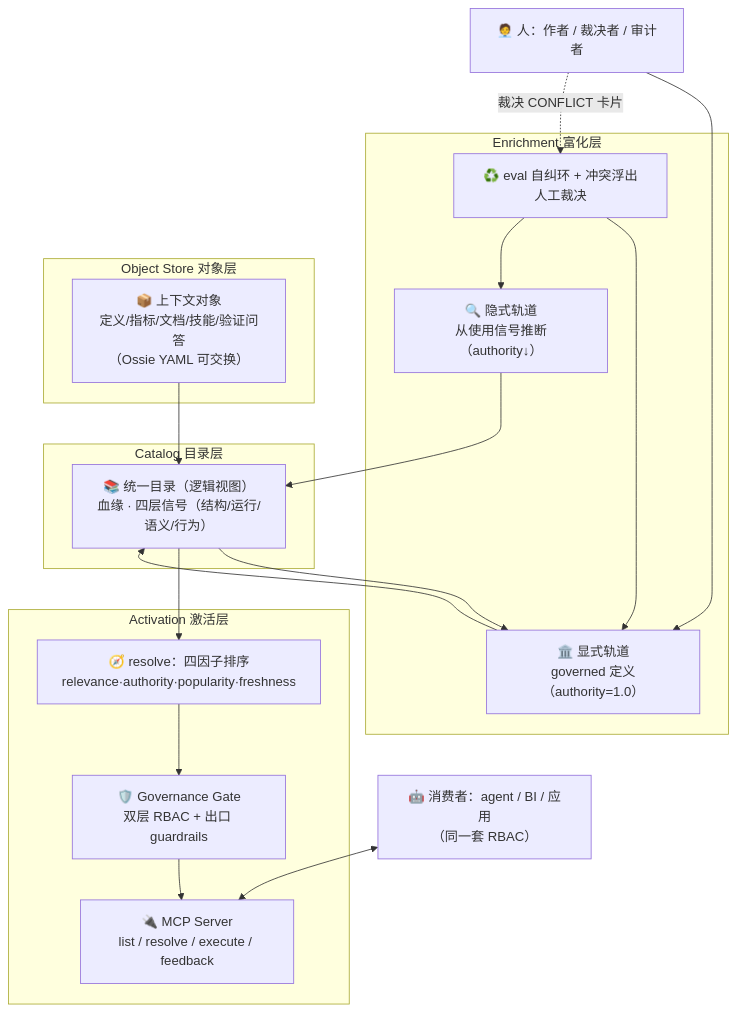
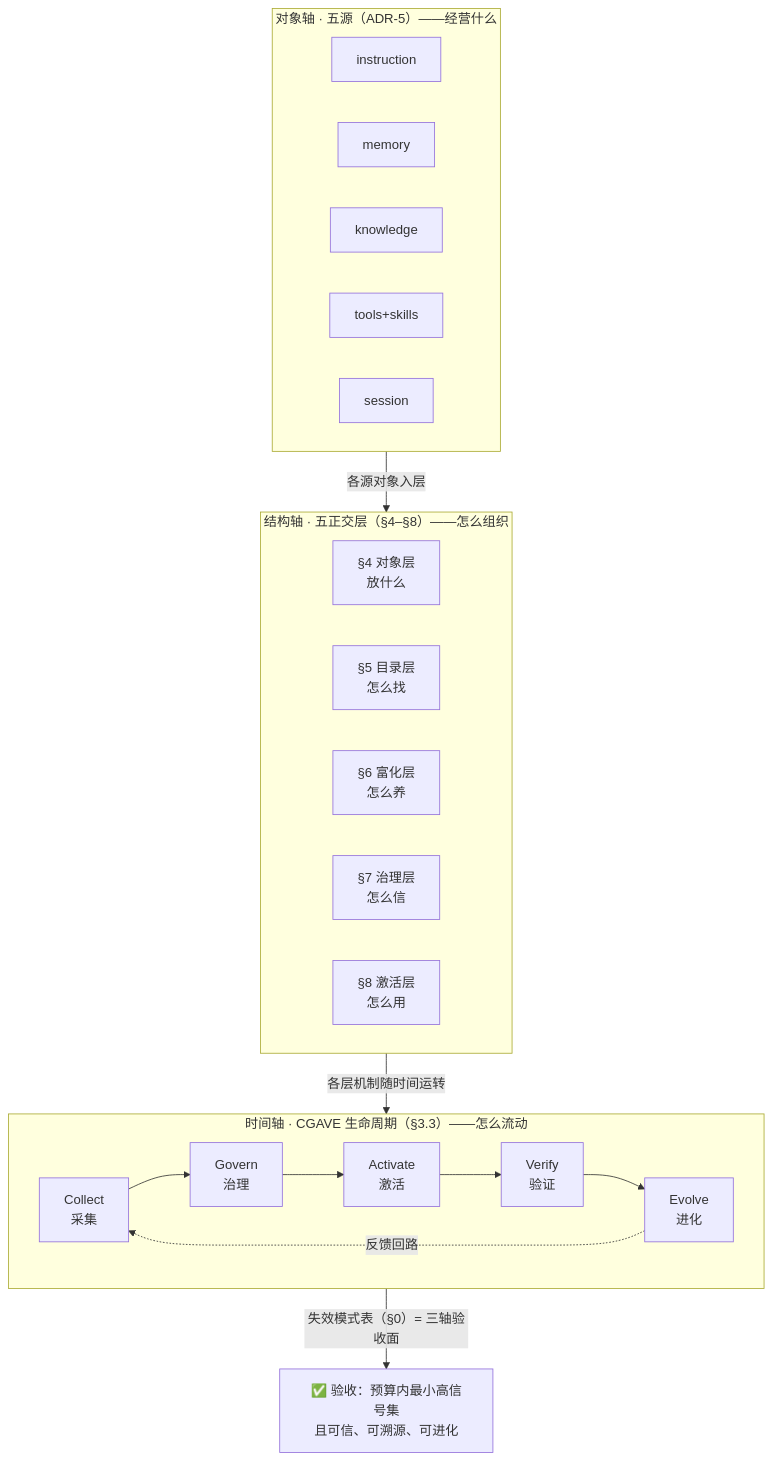
One commit to ThreeFish-AI/negentropy changed the diagram in docs/assets/mermaid/cognitive-context/context-layer-blueprint--architecture.mmd. Above: the diagram before and after it, drawn with Mermaid. The commit also changed 73 other files, not shown here.

First line of the commit message:
docs(cognitive-context): 013 Context Layer 蓝图完全重铸——三轴蓝图（五源×五层×CGAVE）× 失效模式驱动 × 四范本矩阵;

```diff
--- a/docs/assets/mermaid/cognitive-context/context-layer-blueprint--architecture.mmd
+++ b/docs/assets/mermaid/cognitive-context/context-layer-blueprint--architecture.mmd
@@ -1,32 +1,34 @@
-%%source: docs/research/cognitive-context/013-context-layer-blueprint.md#block3 (§3 总体架构)
+%%source: docs/research/cognitive-context/013-context-layer-blueprint.md §3 总体架构：三轴蓝图（ADR-4 对象轴×结构轴×时间轴正交）
 %%slug: cognitive-context/context-layer-blueprint--architecture
 %%type: architecture
-%%derived: archify architecture v1, authored from source mermaid
+%%derived: archify architecture v2, redesigned from v1 (五正交层单轴 → 三轴正交；v1 见 git 史)
 flowchart TB
-    subgraph "Activation 激活层"
-        MC["🔌 MCP Server<br/>list / resolve / execute / feedback"]
-        RA["🧭 resolve：四因子排序<br/>relevance·authority·popularity·freshness"]
-        GD["🛡️ Governance Gate<br/>双层 RBAC + 出口 guardrails"]
+    subgraph OBJAXIS["对象轴 · 五源（ADR-5）——经营什么"]
+        direction LR
+        O1["instruction"]
+        O2["memory"]
+        O3["knowledge"]
+        O4["tools+skills"]
+        O5["session"]
     end
-    subgraph "Catalog 目录层"
-        CT["📚 统一目录（逻辑视图）<br/>血缘 · 四层信号（结构/运行/语义/行为）"]
+    subgraph STRAXIS["结构轴 · 五正交层（§4–§8）——怎么组织"]
+        direction LR
+        L1["§4 对象层<br/>放什么"]
+        L2["§5 目录层<br/>怎么找"]
+        L3["§6 富化层<br/>怎么养"]
+        L4["§7 治理层<br/>怎么信"]
+        L5["§8 激活层<br/>怎么用"]
     end
-    subgraph "Enrichment 富化层"
-        EX["🏛️ 显式轨道<br/>governed 定义（authority=1.0）"]
-        IN["🔍 隐式轨道<br/>从使用信号推断（authority↓）"]
-        EV["♻️ eval 自纠环 + 冲突浮出人工裁决"]
+    subgraph TIMEAXIS["时间轴 · CGAVE 生命周期（§3.3）——怎么流动"]
+        direction LR
+        T1["Collect<br/>采集"]
+        T2["Govern<br/>治理"]
+        T3["Activate<br/>激活"]
+        T4["Verify<br/>验证"]
+        T5["Evolve<br/>进化"]
+        T1 --> T2 --> T3 --> T4 --> T5
+        T5 -.->|"反馈回路"| T1
     end
-    subgraph "Object Store 对象层"
-        OS["📦 上下文对象<br/>定义/指标/文档/技能/验证问答<br/>（Ossie YAML 可交换）"]
-    end
-    AU["🧑‍💼 人：作者 / 裁决者 / 审计者"]
-    AG["🤖 消费者：agent / BI / 应用<br/>（同一套 RBAC）"]
-    OS --> CT --> EX
-    EX --> CT
-    IN --> CT
-    EV --> EX
-    EV --> IN
-    CT --> RA --> GD --> MC
-    AG <--> MC
-    AU --> EX
-    AU -.->|"裁决 CONFLICT 卡片"| EV
+    OBJAXIS -->|"各源对象入层"| STRAXIS
+    STRAXIS -->|"各层机制随时间运转"| TIMEAXIS
+    TIMEAXIS -->|"失效模式表（§0）= 三轴验收面"| V["✅ 验收：预算内最小高信号集<br/>且可信、可溯源、可进化"]
```
